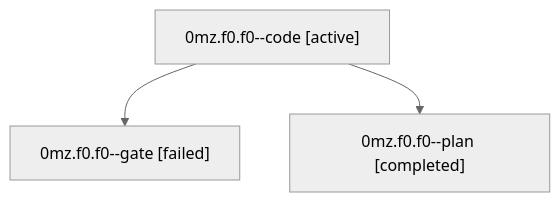
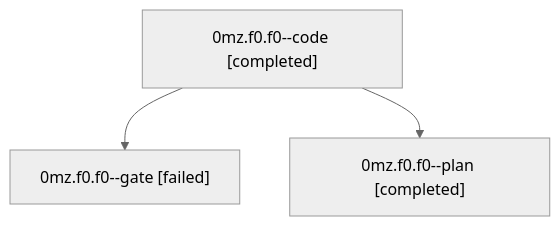
One commit to bobs-org/bob-cli--agents changed the diagram in families/bbugyi200.athena.0mz.f0.f0.md. Above: the diagram before and after it, drawn with Mermaid (neutral theme). The commit also changed other lines of this file and 41 other files, not shown here.

````diff
--- a/families/bbugyi200.athena.0mz.f0.f0.md
+++ b/families/bbugyi200.athena.0mz.f0.f0.md
@@ -9,8 +9,8 @@
 ```mermaid
 flowchart TD
-  n0["0mz.f0.f0--code [active]"]
+  n0["0mz.f0.f0--code [completed]"]
   n1["0mz.f0.f0--gate [failed]"]
   n0 --> n1
   n2["0mz.f0.f0--plan [completed]"]
   n0 --> n2
 ```
````
